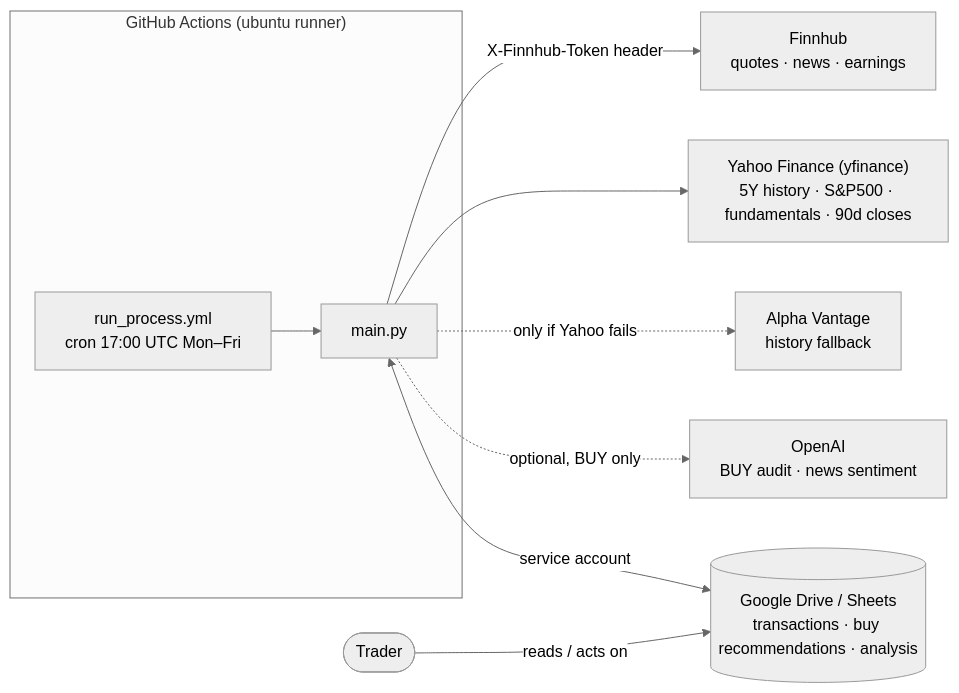
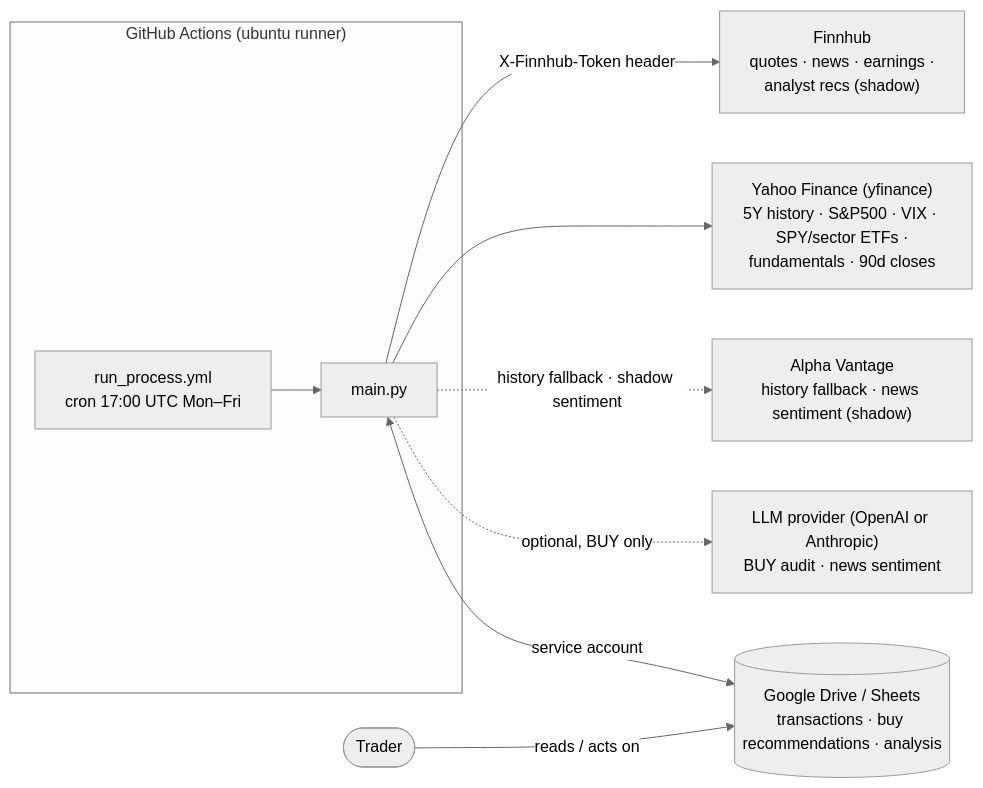
The first of 9 diagrams in docs/ARCHITECTURE.md (manu-gt-hub/trading_advisor), drawn with Mermaid (neutral theme) before and after one commit. The commit also changed other lines of this file and 71 other files, not shown here.

````diff
--- a/docs/ARCHITECTURE.md
+++ b/docs/ARCHITECTURE.md
@@ -22,20 +22,20 @@
 ```mermaid
 flowchart LR
     subgraph GH["GitHub Actions (ubuntu runner)"]
         CRON["run_process.yml<br/>cron 17:00 UTC Mon–Fri"] --> MAIN["main.py"]
     end
 
-    FH["Finnhub<br/>quotes · news · earnings"]
-    YF["Yahoo Finance (yfinance)<br/>5Y history · S&P500 · fundamentals · 90d closes"]
-    AV["Alpha Vantage<br/>history fallback"]
-    OAI["OpenAI<br/>BUY audit · news sentiment"]
+    FH["Finnhub<br/>quotes · news · earnings ·<br/>analyst recs (shadow)"]
+    YF["Yahoo Finance (yfinance)<br/>5Y history · S&P500 · VIX · SPY/sector ETFs ·<br/>fundamentals · 90d closes"]
+    AV["Alpha Vantage<br/>history fallback · news sentiment (shadow)"]
+    OAI["LLM provider (OpenAI or Anthropic)<br/>BUY audit · news sentiment"]
     GD[("Google Drive / Sheets<br/>transactions · buy recommendations · analysis")]
 
     MAIN -- "X-Finnhub-Token header" --> FH
     MAIN --> YF
-    MAIN -. "only if Yahoo fails" .-> AV
+    MAIN -. "history fallback · shadow sentiment" .-> AV
     MAIN -. "optional, BUY only" .-> OAI
     MAIN <-->|"service account"| GD
 
     USER(["Trader"]) -- "reads / acts on" --> GD
 ```
````
